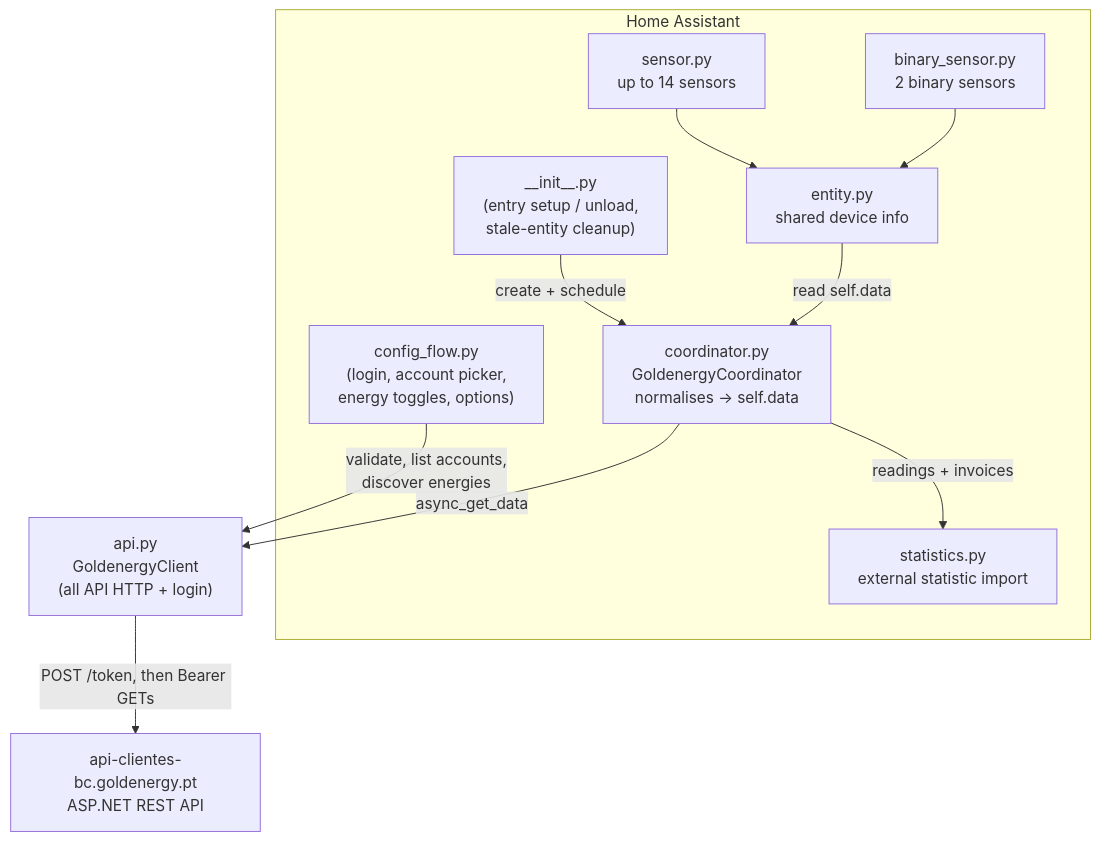
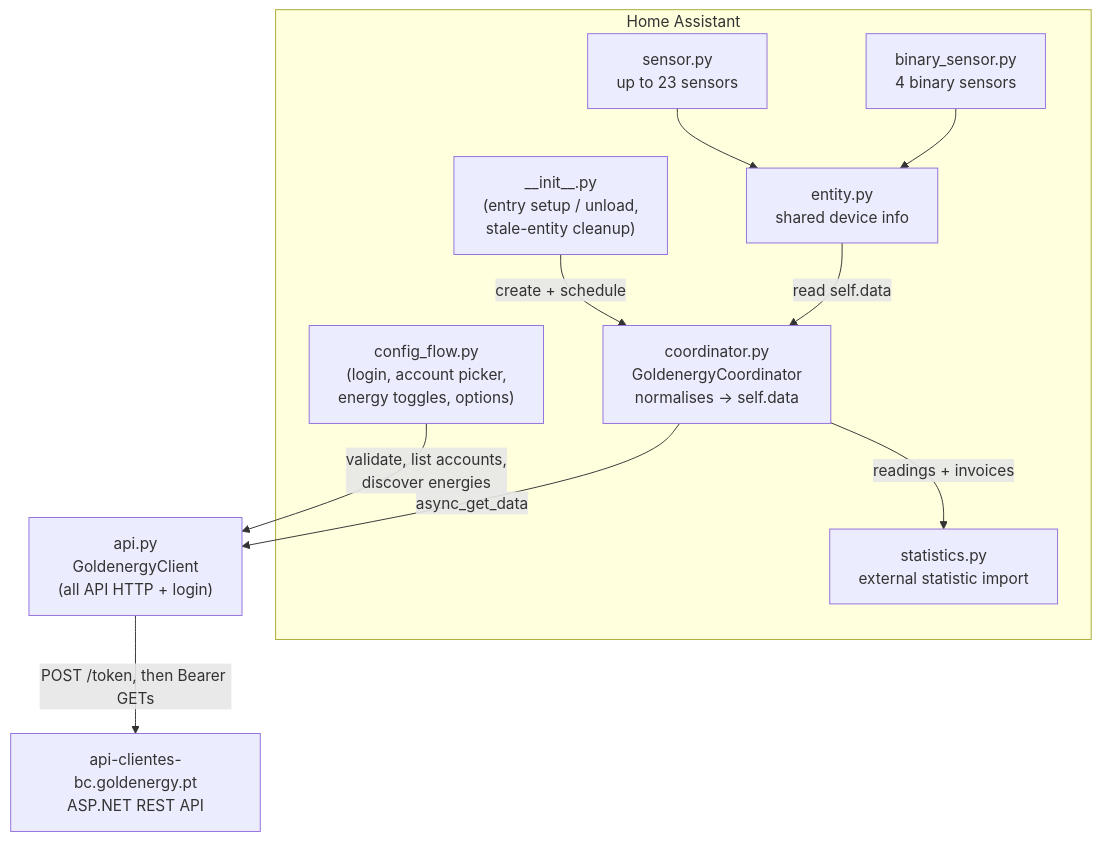
Before and after one commit to JoaoPedroBelo/goldenergy-ha: the first of 3 diagrams in custom_components/goldenergy/docs/ARCHITECTURE.md, drawn with Mermaid. The commit also changed other lines of this file and 14 other files, not shown here.

````diff
--- a/custom_components/goldenergy/docs/ARCHITECTURE.md
+++ b/custom_components/goldenergy/docs/ARCHITECTURE.md
@@ -13,23 +13,23 @@
 ```mermaid
 graph TD
     subgraph HA["Home Assistant"]
         CF["config_flow.py<br/>(login, account picker,<br/>energy toggles, options)"]
         INIT["__init__.py<br/>(entry setup / unload,<br/>stale-entity cleanup)"]
         COORD["coordinator.py<br/>GoldenergyCoordinator<br/>normalises → self.data"]
         STATS["statistics.py<br/>external statistic import"]
         ENT["entity.py<br/>shared device info"]
-        SENS["sensor.py<br/>up to 14 sensors"]
-        BIN["binary_sensor.py<br/>2 binary sensors"]
+        SENS["sensor.py<br/>up to 23 sensors"]
+        BIN["binary_sensor.py<br/>4 binary sensors"]
     end
     API["api.py<br/>GoldenergyClient<br/>(all API HTTP + login)"]
     REST["api-clientes-bc.goldenergy.pt<br/>ASP.NET REST API"]
 
     CF -->|validate, list accounts,<br/>discover energies| API
     INIT -->|create + schedule| COORD
     COORD -->|async_get_data| API
     API -->|"POST /token, then Bearer GETs"| REST
     COORD -->|readings + invoices| STATS
     SENS --> ENT
     BIN --> ENT
     ENT -->|read self.data| COORD
 ```
````
